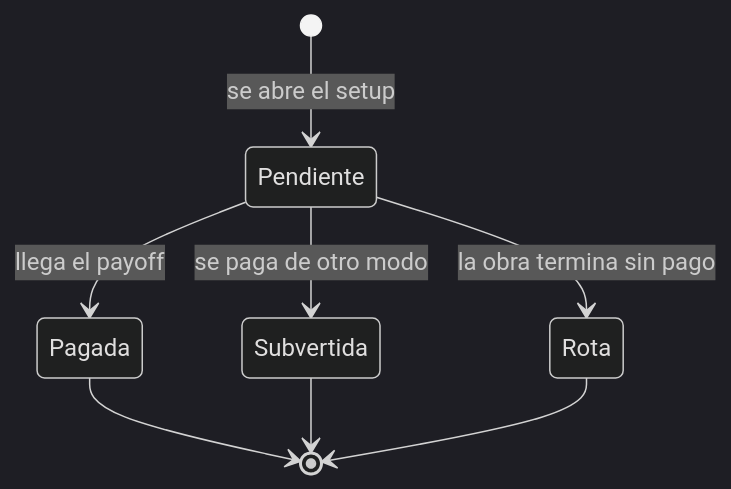
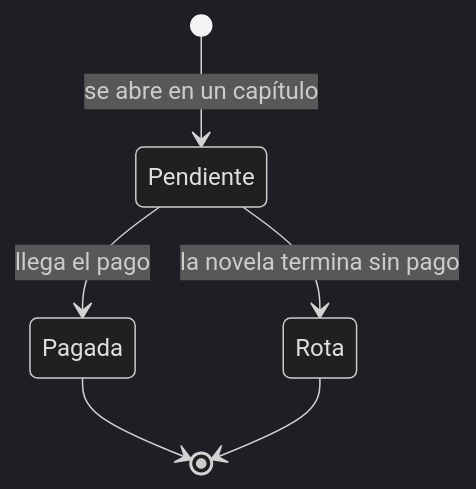
The tenth of 21 diagrams in docs/domain-knowledge.md (BrunoCrz3/MyStory), drawn with Mermaid (dark theme) before and after one commit. The commit also changed other lines of this file and 5 other files, not shown here.

````diff
--- a/docs/domain-knowledge.md
+++ b/docs/domain-knowledge.md
@@ -226,10 +189,8 @@
 ```mermaid
 stateDiagram-v2
-  [*] --> Pendiente: se abre el setup
-  Pendiente --> Pagada: llega el payoff
-  Pendiente --> Subvertida: se paga de otro modo
-  Pendiente --> Rota: la obra termina sin pago
+  [*] --> Pendiente: se abre en un capítulo
+  Pendiente --> Pagada: llega el pago
+  Pendiente --> Rota: la novela termina sin pago
   Pagada --> [*]
-  Subvertida --> [*]
   Rota --> [*]
 ```
````
